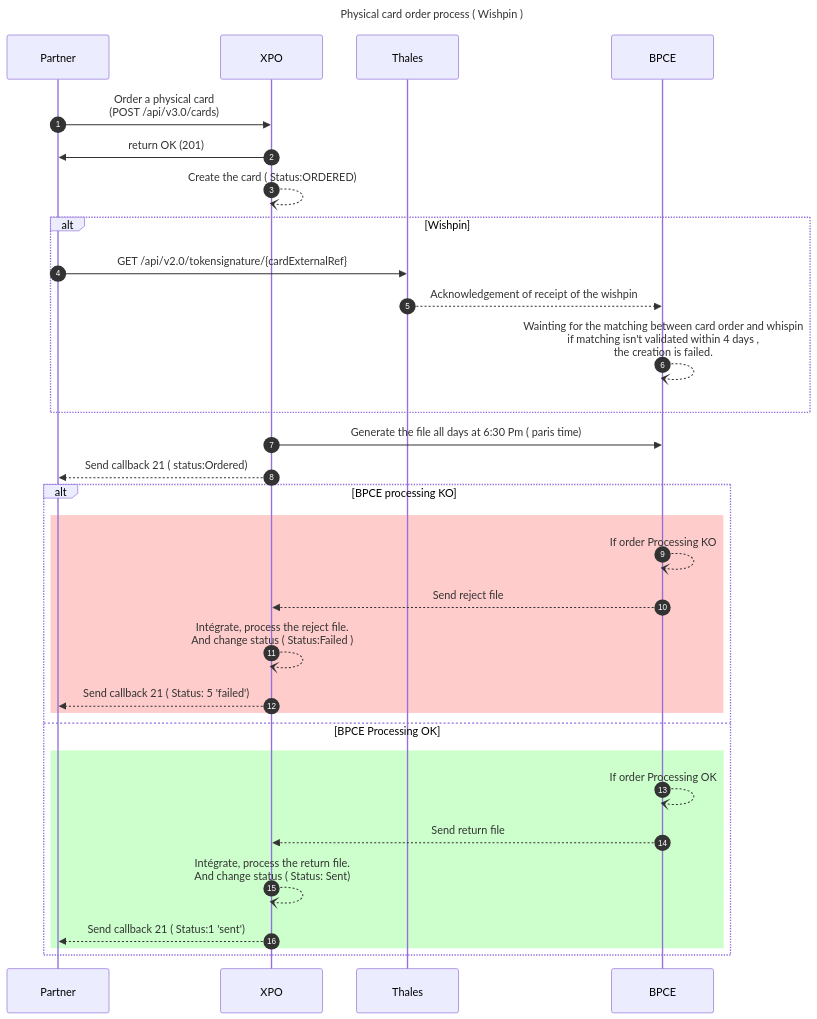
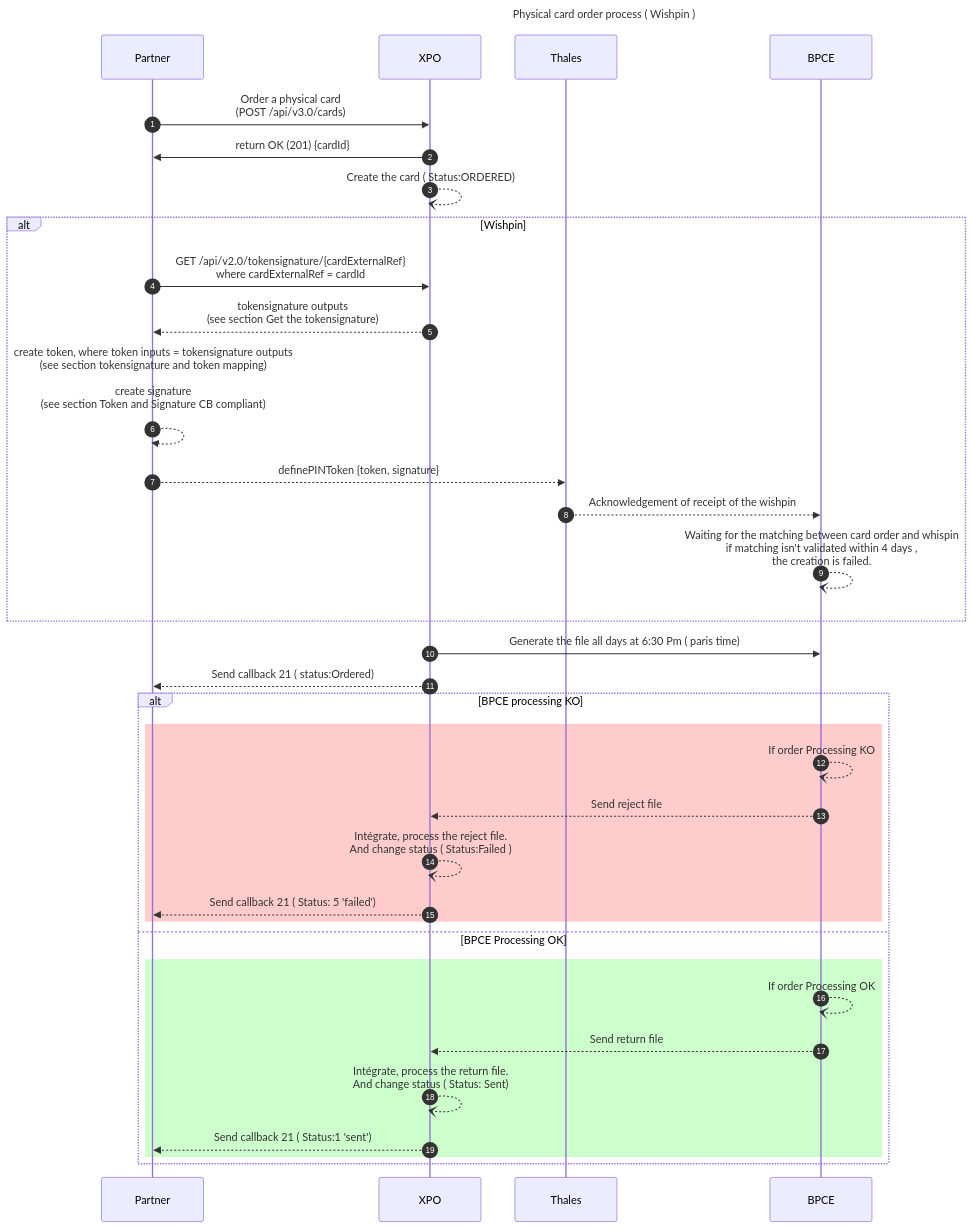
One commit to pomme-clic/s-money-documentation changed the second of 7 diagrams in docs/usecases/cards/issuing/CardsIssuing.md. Above: the diagram before and after it, drawn with Mermaid. The commit also changed other lines of this file, not shown here.

Commit message:
Update Card Issuing Documentation

````diff
--- a/docs/usecases/cards/issuing/CardsIssuing.md
+++ b/docs/usecases/cards/issuing/CardsIssuing.md
@@ -50,39 +50,42 @@
 ```mermaid
 sequenceDiagram
 Title: Physical card order process ( Wishpin )
 autoNumber
 Participant Partner
 Participant XPO
 Participant Thales
 Participant BPCE
 
 Partner ->> XPO : Order a physical card <br/>  (POST /api/v3.0/cards)
-XPO ->> Partner :return OK (201)
+XPO ->> Partner :return OK (201) {cardId}
 XPO --) XPO : Create the card ( Status:ORDERED)
 
 
 alt Wishpin
-Partner ->> Thales : GET /api/v2.0/tokensignature/{cardExternalRef}
+Partner ->> XPO : GET /api/v2.0/tokensignature/{cardExternalRef} <br/> where cardExternalRef = cardId
+XPO -->> Partner: tokensignature outputs <br/> (see section Get the tokensignature)
+Partner -->> Partner: create token,  where token inputs  = tokensignature outputs  <br/> (see section tokensignature and token mapping) <br/><br/> create signature  <br/> (see section Token and Signature CB compliant) <br/>
+Partner -->> Thales : definePINToken {token, signature} 
 Thales -->> BPCE : Acknowledgement of receipt of the wishpin
-BPCE --) BPCE : Wainting for the matching between card order and whispin <br/> if matching isn't validated within 4 days , <br/>the creation is failed.
+BPCE --) BPCE : Waiting for the matching between card order and whispin <br/> if matching isn't validated within 4 days , <br/>the creation is failed.
 end
 
 XPO ->> BPCE : Generate the file all days at 6:30 Pm ( paris time)
 XPO -->> Partner : Send callback 21 ( status:Ordered)
 
 alt BPCE processing KO
 rect rgb(255, 0, 0, 0.2)
 BPCE --) BPCE : If order Processing KO
 BPCE -->> XPO : Send reject file
 XPO --) XPO : Intégrate, process the reject file. <br/> And change status ( Status:Failed )
 XPO -->> Partner : Send callback 21 ( Status: 5 'failed')
 	end	
 else BPCE Processing OK
 rect rgb(0, 255, 0, 0.2)
 BPCE --) BPCE : If order Processing OK
 BPCE -->> XPO : Send return file
 XPO --) XPO : Intégrate, process the return file. <br/> And change status ( Status: Sent)
 XPO -->> Partner : Send callback 21 ( Status:1 'sent')
 	end
 end
 ```
````
